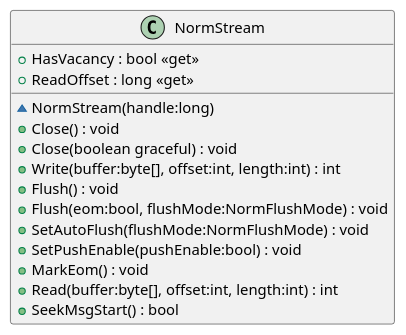
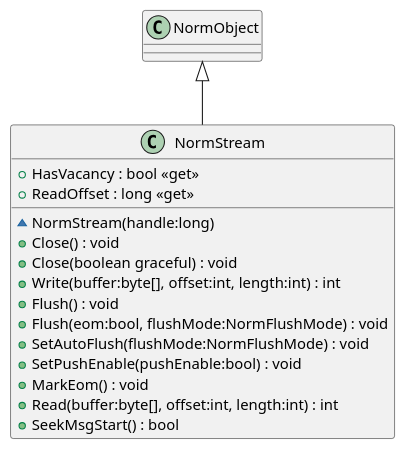
Before and after one commit to USNavalResearchLaboratory/norm: the diagram in src/dotnet/design/Mil/Navy/Nrl/Norm/NormStream.puml, drawn with PlantUML. The commit also changed 41 other files, not shown here.

```diff
--- a/src/dotnet/design/Mil/Navy/Nrl/Norm/NormStream.puml
+++ b/src/dotnet/design/Mil/Navy/Nrl/Norm/NormStream.puml
@@ -1,17 +1,18 @@
 @startuml
 class NormStream {
     ~ NormStream(handle:long)
     + Close() : void
     + Close(boolean graceful) : void
     + Write(buffer:byte[], offset:int, length:int) : int
     + Flush() : void
     + Flush(eom:bool, flushMode:NormFlushMode) : void
     + SetAutoFlush(flushMode:NormFlushMode) : void
     + SetPushEnable(pushEnable:bool) : void
     + HasVacancy : bool <<get>>
     + MarkEom() : void
     + Read(buffer:byte[], offset:int, length:int) : int
     + SeekMsgStart() : bool
     + ReadOffset : long <<get>>
 }
+NormObject <|-- NormStream
 @enduml
```
